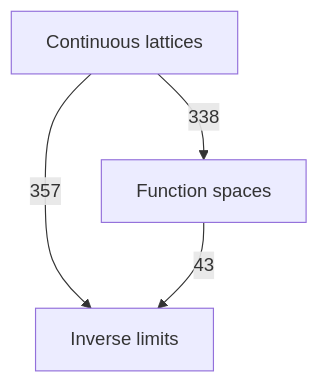
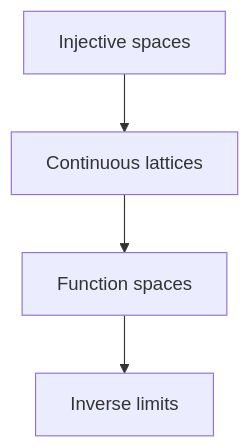
Before and after one commit to catskillsresearch/DomainTheory: the diagram in DomainTheory/1972_ContinuousLattices.mermaid, drawn with Mermaid. The commit also changed 15 other files, not shown here.

First line of the commit message:
Unify outline mermaid deps on transitive Lean closure and mark §2 revised.

```diff
--- a/DomainTheory/1972_ContinuousLattices.mermaid
+++ b/DomainTheory/1972_ContinuousLattices.mermaid
@@ -1,14 +1,15 @@
 %% Each box is one section from 1972_ContinuousLattices.md (Introduction omitted).
 %% Lean modules = transitive closure of outline notes in that section.
-%% Arrowhead on the importer. The number counts direct imports along that closure.
+%% Arrowhead on the importer. An arrow implied by a longer path is omitted.
 flowchart TB
 
+  INJ["Injective spaces"]
   CL["Continuous lattices"]
   FS["Function spaces"]
   LIM["Inverse limits"]
 
-  CL -->|"338"| FS
-  CL -->|"357"| LIM
-  FS -->|"43"| LIM
+  INJ --> CL
+  CL --> FS
+  FS --> LIM
 
   classDef section fill:#dbeafe,stroke:#1d4ed8,color:#1e3a8a
```
